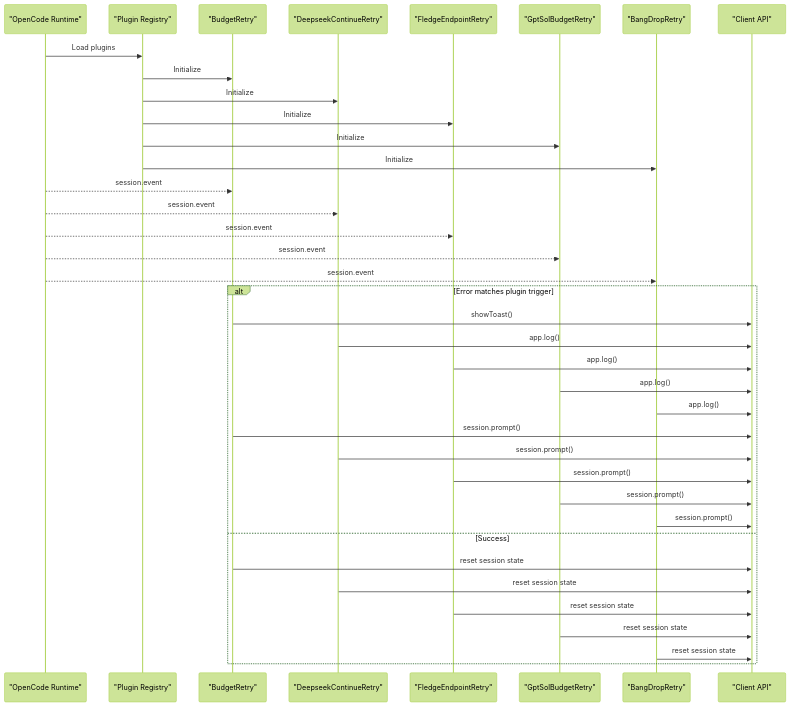
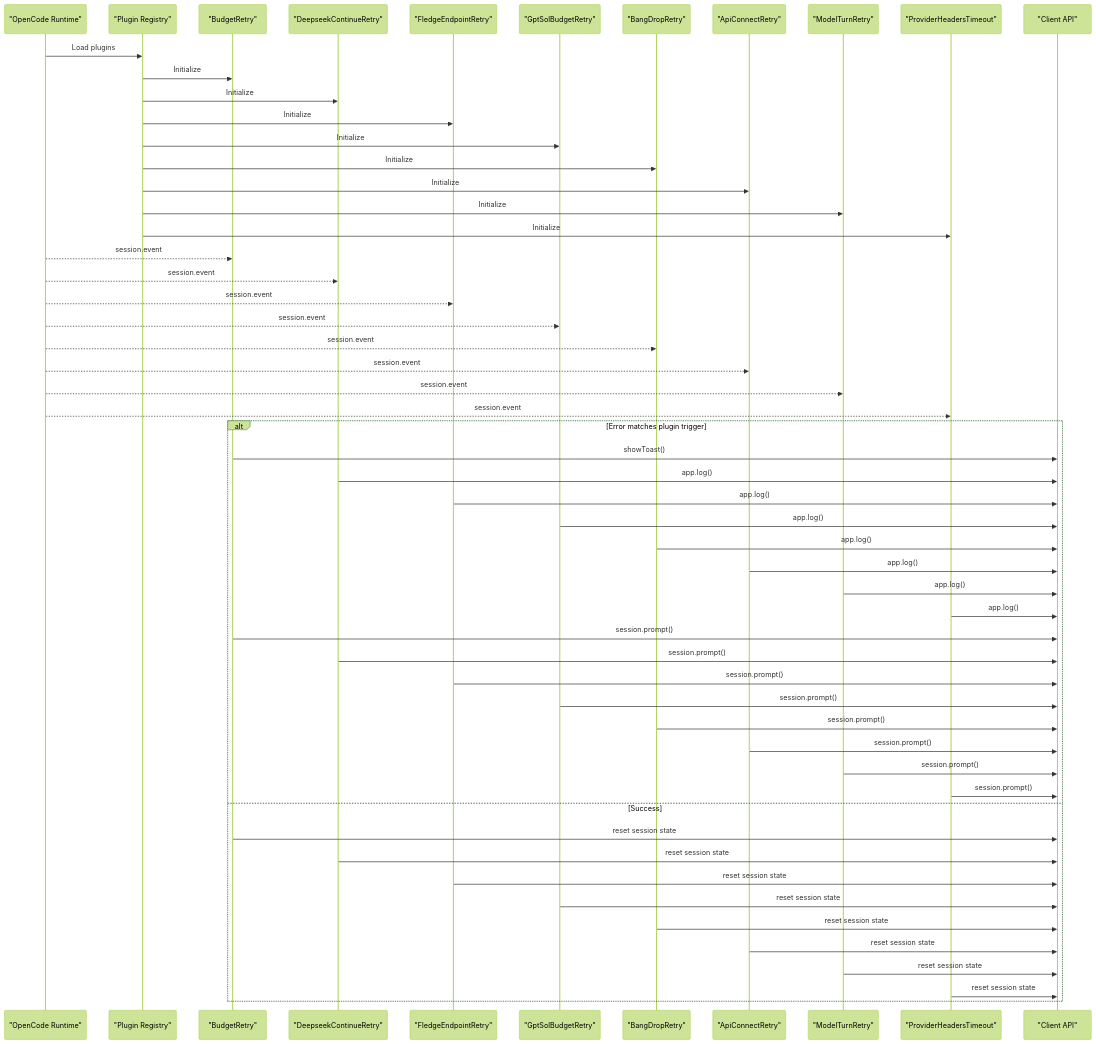
Before and after one commit to delirium-dj/modelcomp: the second of 12 diagrams in .qoder/repowiki/en/content/Architecture Overview/OpenCode Plugin Ecosystem.md, drawn with Mermaid (forest theme). The commit also changed other lines of this file and 132 other files, not shown here.

````diff
--- a/.qoder/repowiki/en/content/Architecture Overview/OpenCode Plugin Ecosystem.md
+++ b/.qoder/repowiki/en/content/Architecture Overview/OpenCode Plugin Ecosystem.md
@@ -102,40 +128,58 @@
 ```mermaid
 sequenceDiagram
 participant OC as "OpenCode Runtime"
 participant PR as "Plugin Registry"
 participant BR as "BudgetRetry"
 participant DR as "DeepseekContinueRetry"
 participant FR as "FledgeEndpointRetry"
 participant GR as "GptSolBudgetRetry"
 participant BDR as "BangDropRetry"
+participant ACR as "ApiConnectRetry"
+participant MTR as "ModelTurnRetry"
+participant PHT as "ProviderHeadersTimeout"
 participant CL as "Client API"
 OC->>PR : Load plugins
 PR->>BR : Initialize
 PR->>DR : Initialize
 PR->>FR : Initialize
 PR->>GR : Initialize
 PR->>BDR : Initialize
+PR->>ACR : Initialize
+PR->>MTR : Initialize
+PR->>PHT : Initialize
 OC-->>BR : session.event
 OC-->>DR : session.event
 OC-->>FR : session.event
 OC-->>GR : session.event
 OC-->>BDR : session.event
+OC-->>ACR : session.event
+OC-->>MTR : session.event
+OC-->>PHT : session.event
 alt Error matches plugin trigger
 BR->>CL : showToast()
 DR->>CL : app.log()
 FR->>CL : app.log()
 GR->>CL : app.log()
 BDR->>CL : app.log()
+ACR->>CL : app.log()
+MTR->>CL : app.log()
+PHT->>CL : app.log()
 BR->>CL : session.prompt()
 DR->>CL : session.prompt()
 FR->>CL : session.prompt()
 GR->>CL : session.prompt()
 BDR->>CL : session.prompt()
+ACR->>CL : session.prompt()
+MTR->>CL : session.prompt()
+PHT->>CL : session.prompt()
 else Success
 BR->>CL : reset session state
 DR->>CL : reset session state
 FR->>CL : reset session state
 GR->>CL : reset session state
 BDR->>CL : reset session state
+ACR->>CL : reset session state
+MTR->>CL : reset session state
+PHT->>CL : reset session state
 end
 ```
````
